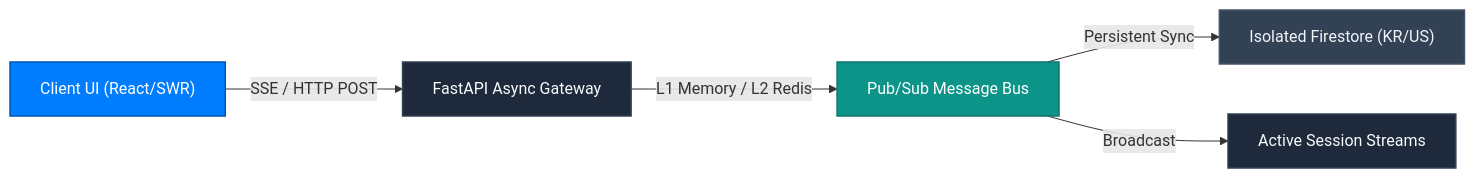
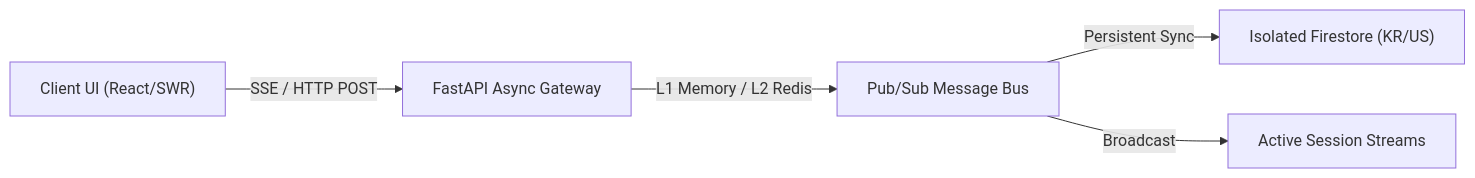
One commit to Connex-Brothers-Consulting-Group/cbcg-hs-connex-docs changed the diagram in features/coworx.mdx. Above: the diagram before and after it, drawn with Mermaid. The commit also changed other lines of this file and 24 other files, not shown here.

Commit message:
fix(docs): restore Lucide card icons, enforce transparent Mermaid line-art, add Cryptographic Kill Switch, and refine quiet luxury banner

````diff
--- a/features/coworx.mdx
+++ b/features/coworx.mdx
@@ -30,12 +30,8 @@
 ```mermaid
 graph LR
-    classDef primary fill:#007CFF,stroke:#0056B3,stroke-width:1.5px,color:#FFFFFF;
-    classDef enterprise fill:#1E293B,stroke:#334155,stroke-width:1.5px,color:#F8FAFC;
-    classDef accent fill:#0D9488,stroke:#0F766E,stroke-width:1.5px,color:#FFFFFF;
-    classDef storage fill:#334155,stroke:#475569,stroke-width:1.5px,color:#F1F5F9;
 
-    A["Client UI (React/SWR)"]:::primary -->|"SSE / HTTP POST"| B["FastAPI Async Gateway"]:::enterprise
-    B -->|"L1 Memory / L2 Redis"| C["Pub/Sub Message Bus"]:::accent
-    C -->|"Persistent Sync"| D["Isolated Firestore (KR/US)"]:::storage
-    C -->|"Broadcast"| E["Active Session Streams"]:::enterprise
+    A["Client UI (React/SWR)"] -->|"SSE / HTTP POST"| B["FastAPI Async Gateway"]
+    B -->|"L1 Memory / L2 Redis"| C["Pub/Sub Message Bus"]
+    C -->|"Persistent Sync"| D["Isolated Firestore (KR/US)"]
+    C -->|"Broadcast"| E["Active Session Streams"]
 ```
````
